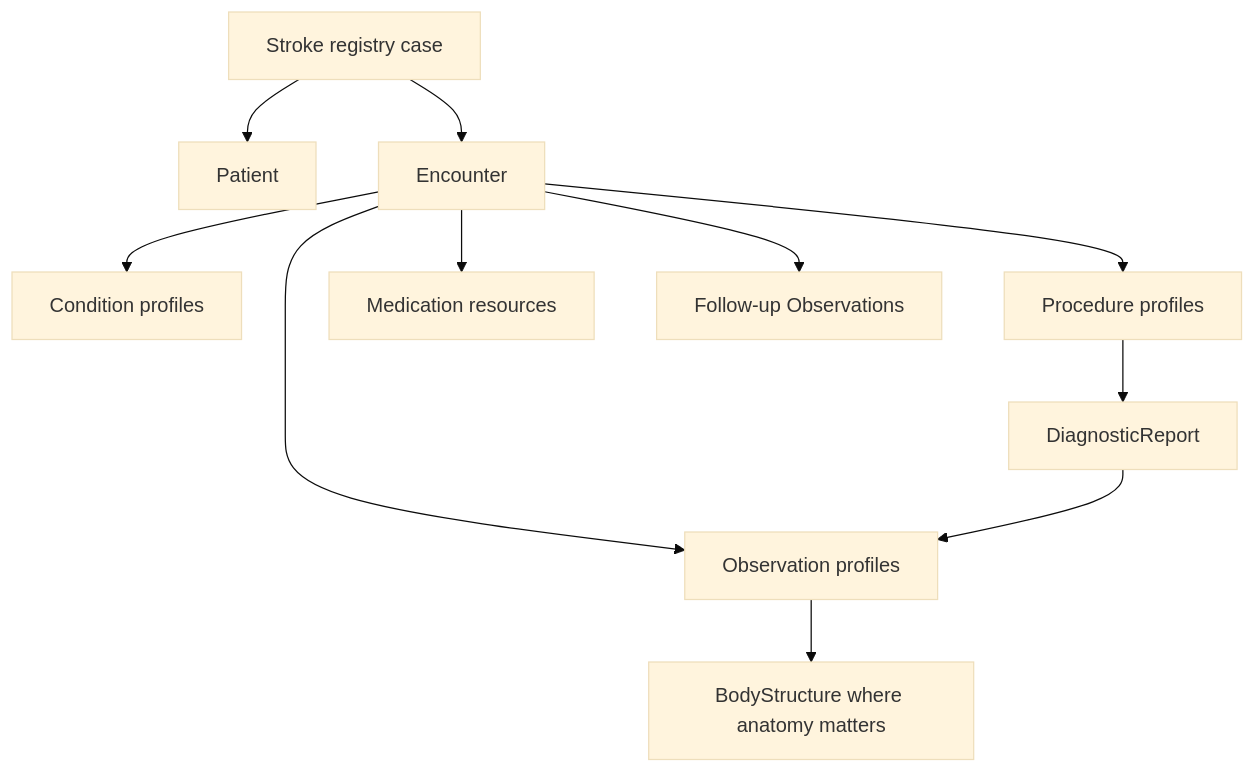
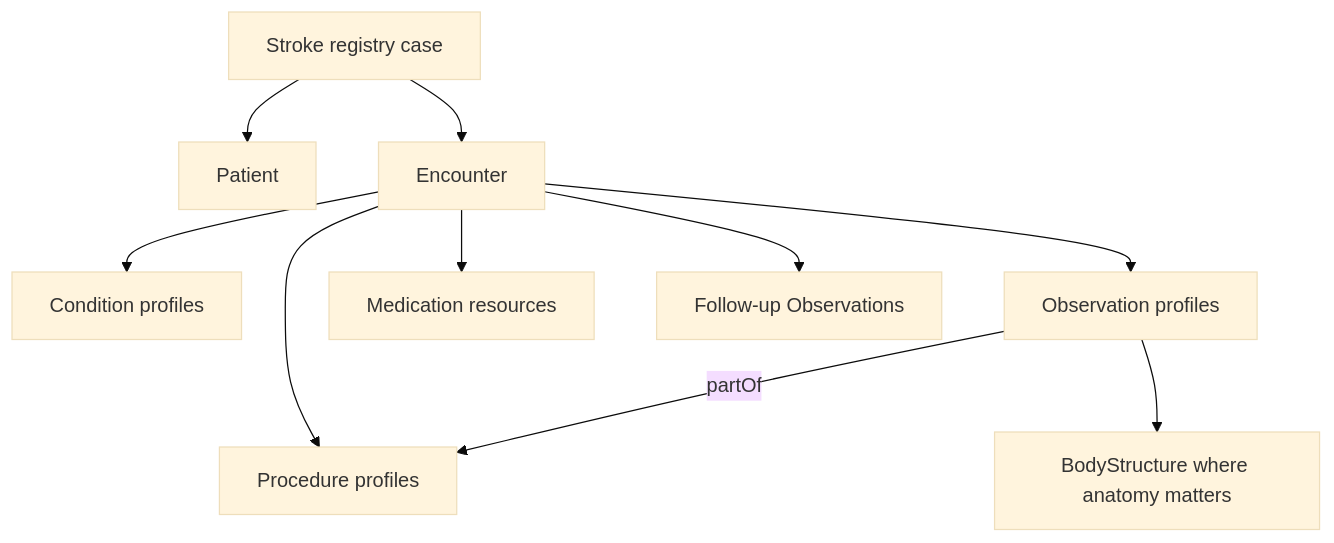
One commit to quality-registry/ri-fhir-implementation-guide changed the diagram in input/pagecontent/resource-map.md. Above: the diagram before and after it, drawn with Mermaid (base theme). The commit also changed other lines of this file and 15 other files, not shown here.

````diff
--- a/input/pagecontent/resource-map.md
+++ b/input/pagecontent/resource-map.md
@@ -25,13 +24,12 @@
 ```mermaid
 flowchart TD
   Case["Stroke registry case"] --> Patient["Patient"]
   Case --> Encounter["Encounter"]
   Encounter --> Conditions["Condition profiles"]
   Encounter --> Observations["Observation profiles"]
   Encounter --> Procedures["Procedure profiles"]
   Encounter --> Medications["Medication resources"]
-  Procedures --> Reports["DiagnosticReport"]
-  Reports --> Observations
+  Observations -->|partOf| Procedures
   Observations --> BodyStructure["BodyStructure where anatomy matters"]
   Encounter --> FollowUp["Follow-up Observations"]
 ```
````
